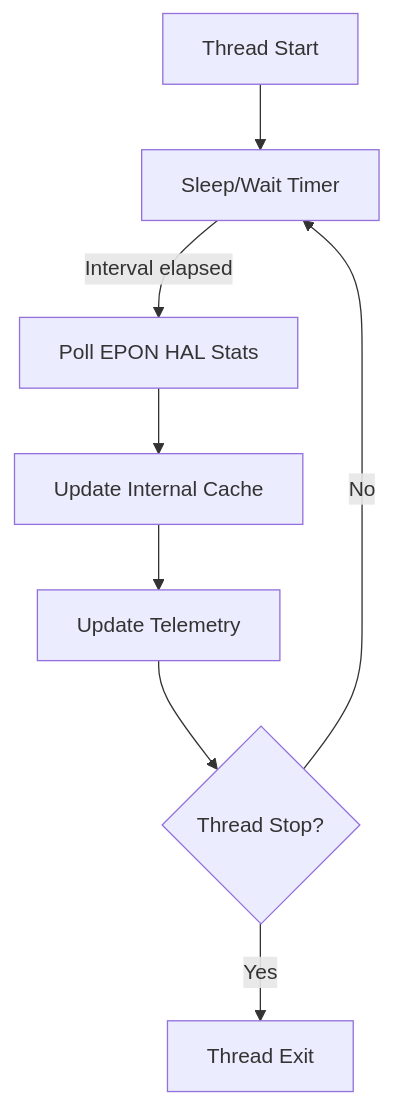
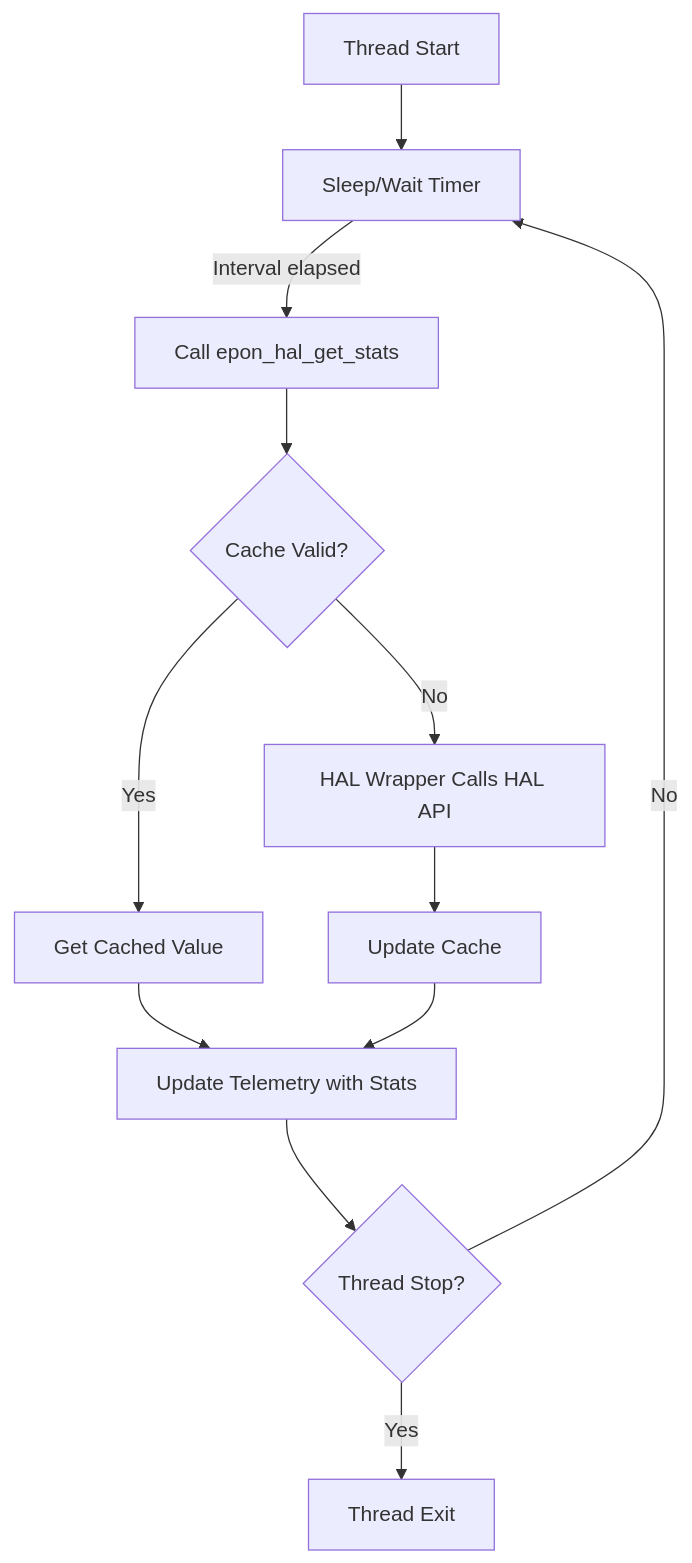
The second of 4 diagrams in design_docs/03_Component_Design.md (rdkcentral/epon-manager), drawn with Mermaid before and after one commit. The commit also changed other lines of this file and 5 other files, not shown here.

Commit message:
Refactor architecture and component design documentation; add configuration details and remove obsolete data flow section

````diff
--- a/design_docs/03_Component_Design.md
+++ b/design_docs/03_Component_Design.md
@@ -92,10 +93,14 @@
 ```mermaid
 flowchart TD
     A[Thread Start] --> B[Sleep/Wait Timer]
-    B -->|Interval elapsed| C[Poll EPON HAL Stats]
-    C --> D[Update Internal Cache]
-    D --> E[Update Telemetry]
-    E --> F{Thread Stop?}
-    F -->|No| B
-    F -->|Yes| G[Thread Exit]
+    B -->|Interval elapsed| C[Call epon_hal_get_stats]
+    C --> D{Cache Valid?}
+    D -->|Yes| E[Get Cached Value]
+    D -->|No| F[HAL Wrapper Calls HAL API]
+    F --> G[Update Cache]
+    E --> H[Update Telemetry with Stats]
+    G --> H
+    H --> I{Thread Stop?}
+    I -->|No| B
+    I -->|Yes| J[Thread Exit]
 ```
````
